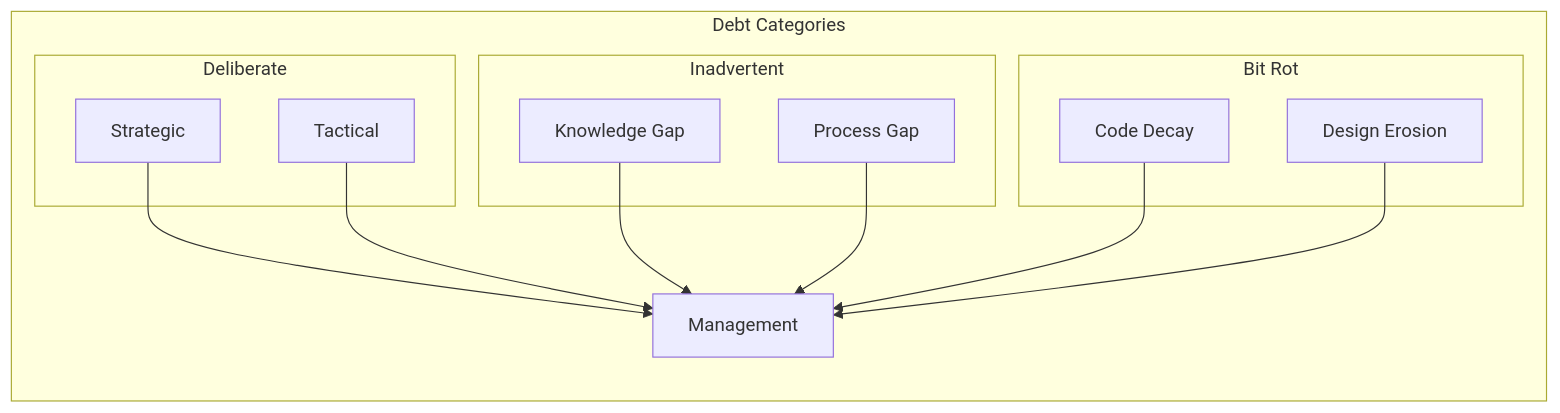
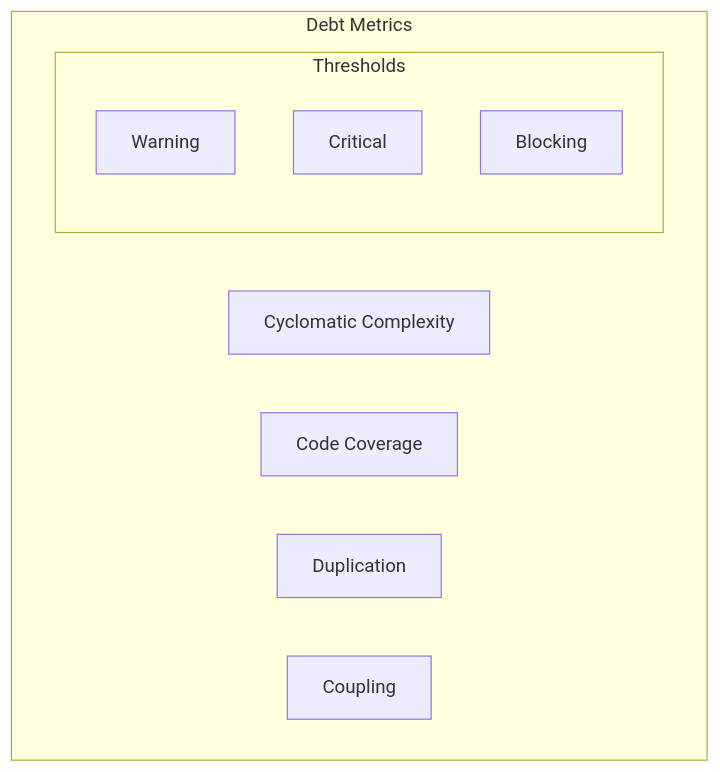
One commit to saravanakumarrc/Architecture_Journey changed the third of 6 diagrams in src/Technical_Debt_Management.md. Above: the diagram before and after it, drawn with Mermaid. The commit also changed other lines of this file and 4 other files, not shown here.

Commit message:
Refactor System Design Principles and Patterns documentation for clarity and conciseness; enhance Technical Debt Management framework with structured metrics and prioritization strategies.

````diff
--- a/src/Technical_Debt_Management.md
+++ b/src/Technical_Debt_Management.md
@@ -28,25 +61,15 @@
 ```mermaid
 graph TB
-    subgraph "Debt Categories"
-        direction TB
+    subgraph "Debt Metrics"
+        CC[Cyclomatic Complexity]
+        COV[Code Coverage]
+        DUP[Duplication]
+        COUP[Coupling]
         
-        subgraph "Deliberate"
-            D1[Strategic]
-            D2[Tactical]
+        subgraph "Thresholds"
+            T1[Warning]
+            T2[Critical]
+            T3[Blocking]
         end
-        
-        subgraph "Inadvertent"
-            I1[Knowledge Gap]
-            I2[Process Gap]
-        end
-        
-        subgraph "Bit Rot"
-            B1[Code Decay]
-            B2[Design Erosion]
-        end
-        
-        D1 & D2 --> M[Management]
-        I1 & I2 --> M
-        B1 & B2 --> M
     end
 ```
````
